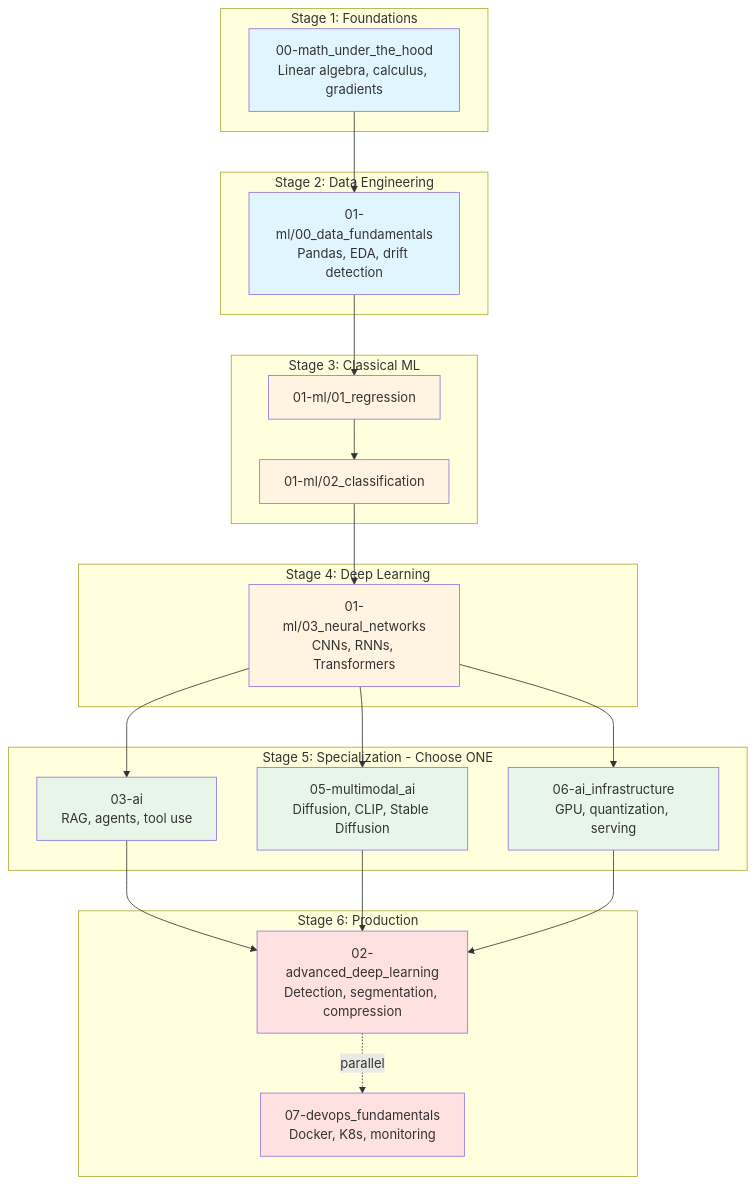
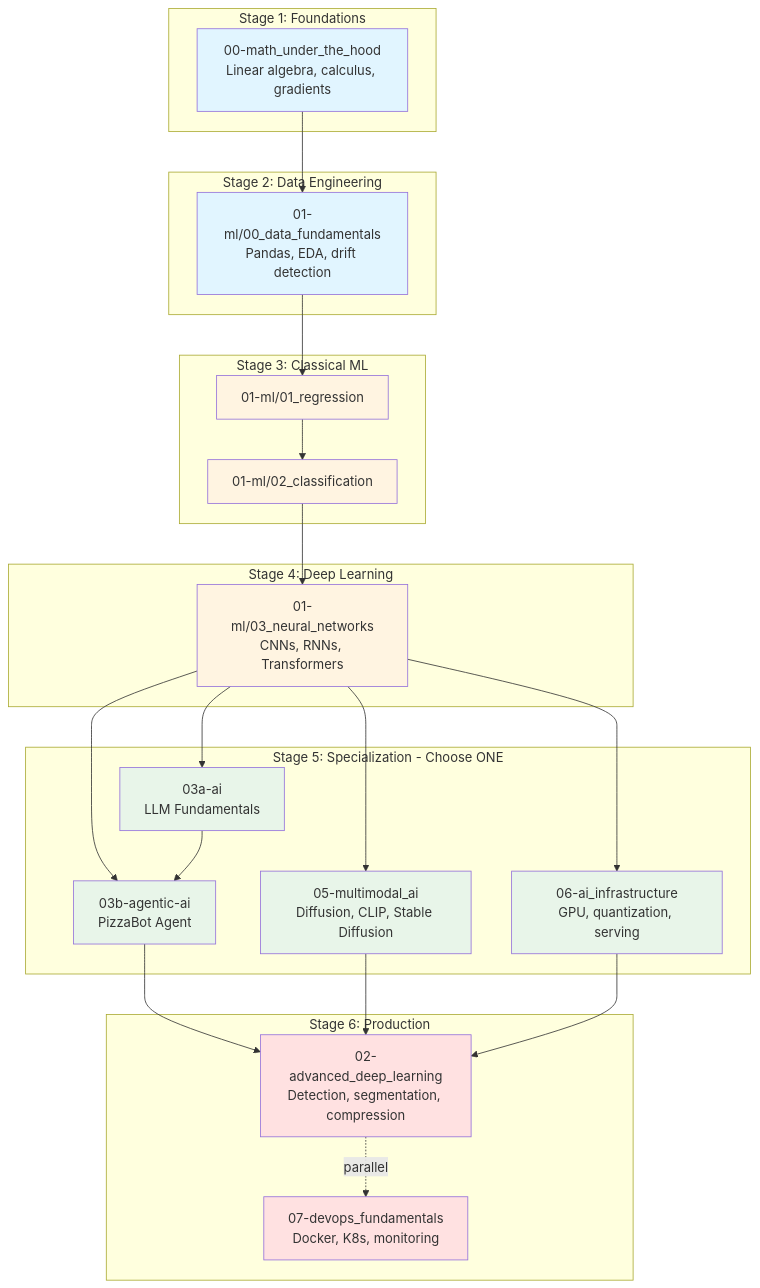
The diagram in notes/README.md (dsgouda7/ai-portfolio), drawn with Mermaid before and after one commit. The commit also changed other lines of this file and 137 other files, not shown here.

First line of the commit message:
refactor: split 03-ai into 03a-ai (LLM Fundamentals) and 03b-agentic-ai (Agentic AI)

````diff
--- a/notes/README.md
+++ b/notes/README.md
@@ -39,53 +39,57 @@
 ```mermaid
 flowchart TB
     subgraph Stage1[Stage 1: Foundations]
         Math[00-math_under_the_hood<br/>Linear algebra, calculus, gradients]
     end
 
     subgraph Stage2[Stage 2: Data Engineering]
         Data[01-ml/00_data_fundamentals<br/>Pandas, EDA, drift detection]
     end
 
     subgraph Stage3[Stage 3: Classical ML]
         Regression[01-ml/01_regression]
         Classification[01-ml/02_classification]
         Regression --> Classification
     end
 
     subgraph Stage4[Stage 4: Deep Learning]
         NeuralNets[01-ml/03_neural_networks<br/>CNNs, RNNs, Transformers]
     end
 
     subgraph Stage5[Stage 5: Specialization - Choose ONE]
-        AI[03-ai<br/>RAG, agents, tool use]
+        LLM[03a-ai<br/>LLM Fundamentals]
+        Agentic[03b-agentic-ai<br/>PizzaBot Agent]
         Multimodal[05-multimodal_ai<br/>Diffusion, CLIP, Stable Diffusion]
         Infra[06-ai_infrastructure<br/>GPU, quantization, serving]
     end
 
     subgraph Stage6[Stage 6: Production]
         Advanced[02-advanced_deep_learning<br/>Detection, segmentation, compression]
         DevOps[07-devops_fundamentals<br/>Docker, K8s, monitoring]
         Advanced -.parallel.-> DevOps
     end
 
     Math --> Data
     Data --> Regression
     Classification --> NeuralNets
-    NeuralNets --> AI
+    NeuralNets --> LLM
+    NeuralNets --> Agentic
     NeuralNets --> Multimodal
     NeuralNets --> Infra
-    AI --> Advanced
+    LLM --> Agentic
+    Agentic --> Advanced
     Multimodal --> Advanced
     Infra --> Advanced
 
     style Math fill:#e1f5ff
     style Data fill:#e1f5ff
     style Regression fill:#fff4e1
     style Classification fill:#fff4e1
     style NeuralNets fill:#fff4e1
-    style AI fill:#e8f5e9
+    style LLM fill:#e8f5e9
+    style Agentic fill:#e8f5e9
     style Multimodal fill:#e8f5e9
     style Infra fill:#e8f5e9
     style Advanced fill:#ffe1e1
     style DevOps fill:#ffe1e1
 ```
````
